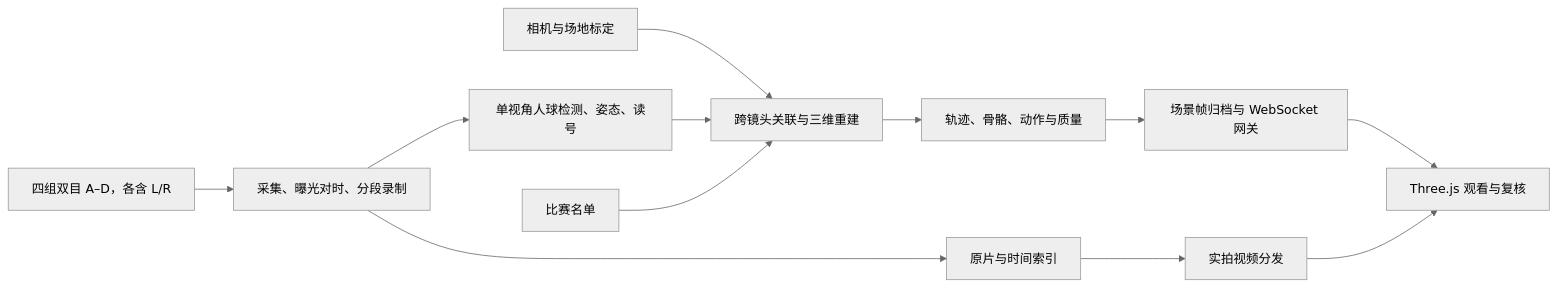
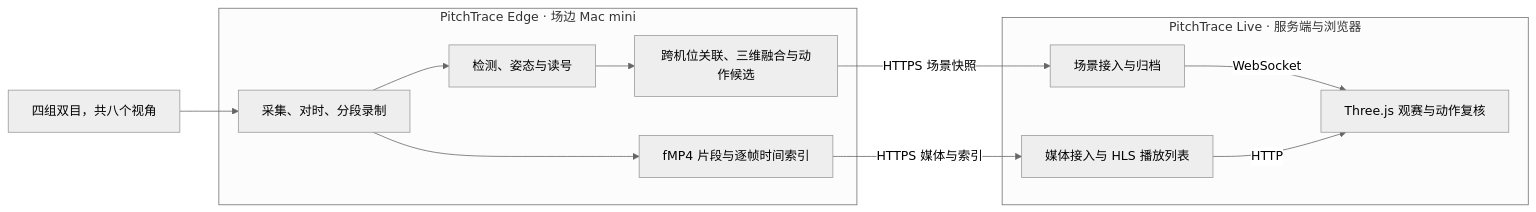
The diagram in docs/02-technical-design.md (winixi/pitchtrace-3d), drawn with Mermaid (neutral theme) before and after one commit. The commit also changed other lines of this file and 3 other files, not shown here.

````diff
--- a/docs/02-technical-design.md
+++ b/docs/02-technical-design.md
@@ -7,14 +9,15 @@
 ```mermaid
 flowchart LR
-    C["四组双目 A–D，各含 L/R"] --> I["采集、曝光对时、分段录制"]
-    I --> V["原片与时间索引"]
-    I --> D["单视角人球检测、姿态、读号"]
-    K["相机与场地标定"] --> F["跨镜头关联与三维重建"]
-    D --> F
-    R["比赛名单"] --> F
-    F --> E["轨迹、骨骼、动作与质量"]
-    E --> S["场景帧归档与 WebSocket 网关"]
-    S --> W["Three.js 观看与复核"]
-    V --> H["实拍视频分发"]
-    H --> W
+    C["四组双目，共八个视角"] --> I
+    subgraph edge["PitchTrace Edge · 场边 Mac mini"]
+        I["采集、对时、分段录制"] --> V["fMP4 片段与逐帧时间索引"]
+        I --> D["检测、姿态与读号"]
+        D --> F["跨机位关联、三维融合与动作候选"]
+    end
+    subgraph live["PitchTrace Live · 服务端与浏览器"]
+        G["场景接入与归档"] -->|WebSocket| W["Three.js 观赛与动作复核"]
+        H["媒体接入与 HLS 播放列表"] -->|HTTP| W
+    end
+    F -->|HTTPS 场景快照| G
+    V -->|HTTPS 媒体与索引| H
 ```
````
